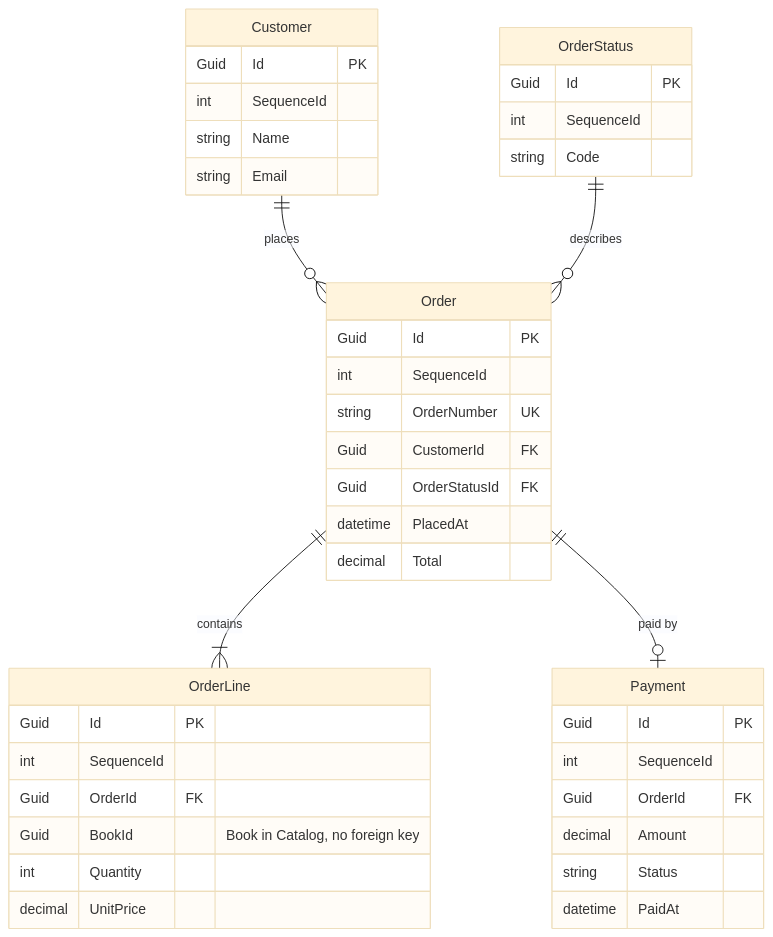
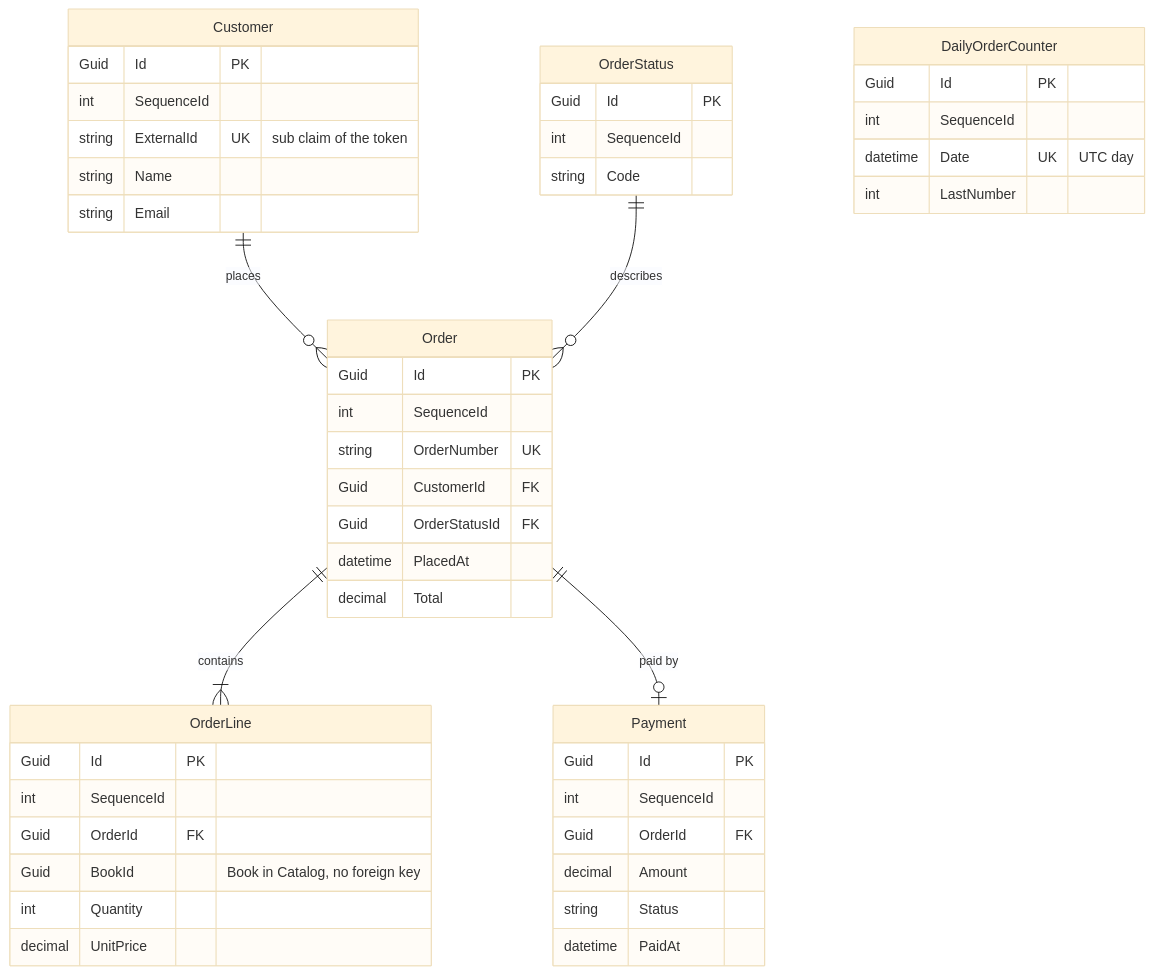
Before and after one commit to gmarginet/CleanArchitectureToolkit: the second of 3 diagrams in plans/DemoPlan.md, drawn with Mermaid (base theme). The commit also changed other lines of this file and 2 other files, not shown here.

````diff
--- a/plans/DemoPlan.md
+++ b/plans/DemoPlan.md
@@ -225,44 +283,51 @@
 ```mermaid
 erDiagram
     Customer ||--o{ Order : places
     OrderStatus ||--o{ Order : describes
     Order ||--|{ OrderLine : contains
     Order ||--o| Payment : "paid by"
 
     Customer {
         Guid Id PK
         int SequenceId
+        string ExternalId UK "sub claim of the token"
         string Name
         string Email
     }
     OrderStatus {
         Guid Id PK
         int SequenceId
         string Code
     }
     Order {
         Guid Id PK
         int SequenceId
         string OrderNumber UK
         Guid CustomerId FK
         Guid OrderStatusId FK
         datetime PlacedAt
         decimal Total
     }
     OrderLine {
         Guid Id PK
         int SequenceId
         Guid OrderId FK
         Guid BookId "Book in Catalog, no foreign key"
         int Quantity
         decimal UnitPrice
     }
     Payment {
         Guid Id PK
         int SequenceId
         Guid OrderId FK
         decimal Amount
         string Status
         datetime PaidAt
     }
+    DailyOrderCounter {
+        Guid Id PK
+        int SequenceId
+        datetime Date UK "UTC day"
+        int LastNumber
+    }
 ```
````
